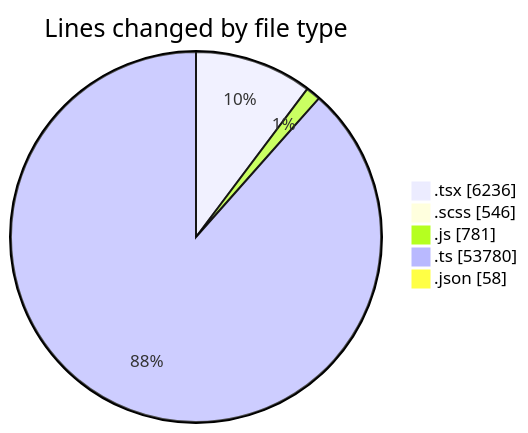
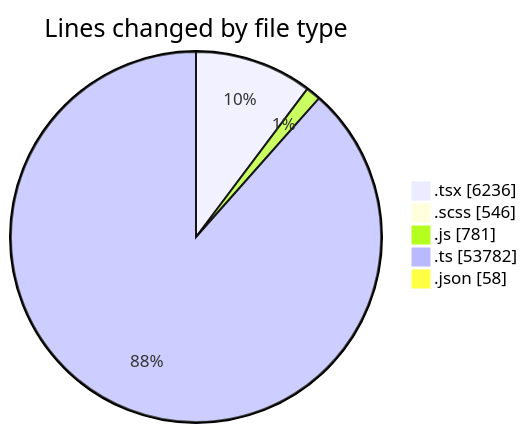
The first of 2 diagrams in 2025-11-11/cda/README.md (momahboobian/code-tracking), drawn with Mermaid before and after one commit. The commit also changed other lines of this file and 1 other file, not shown here.

````diff
--- a/2025-11-11/cda/README.md
+++ b/2025-11-11/cda/README.md
@@ -42,9 +42,9 @@
 ```mermaid
 pie showData
 title Lines changed by file type
 ".tsx" : 6236
 ".scss" : 546
 ".js" : 781
-".ts" : 53780
+".ts" : 53782
 ".json" : 58
 ```
````
